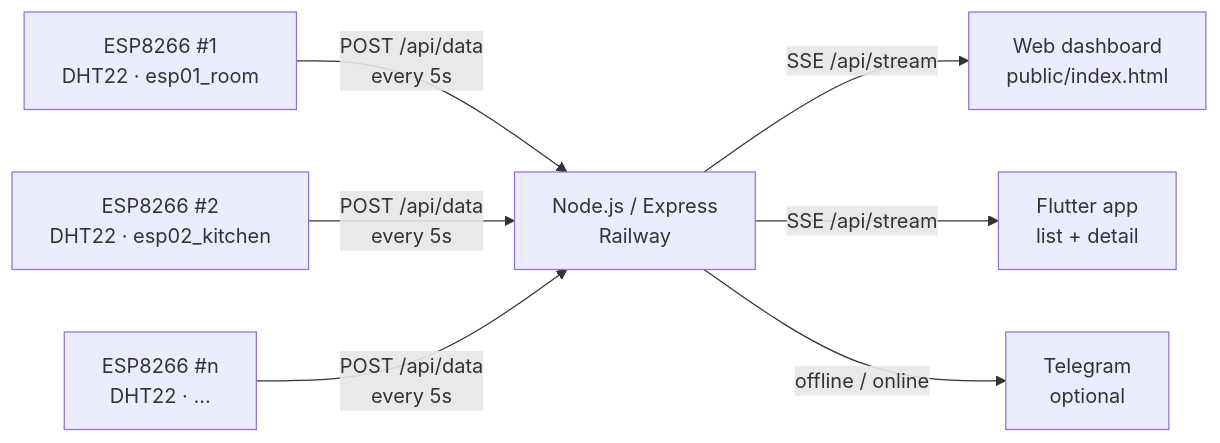
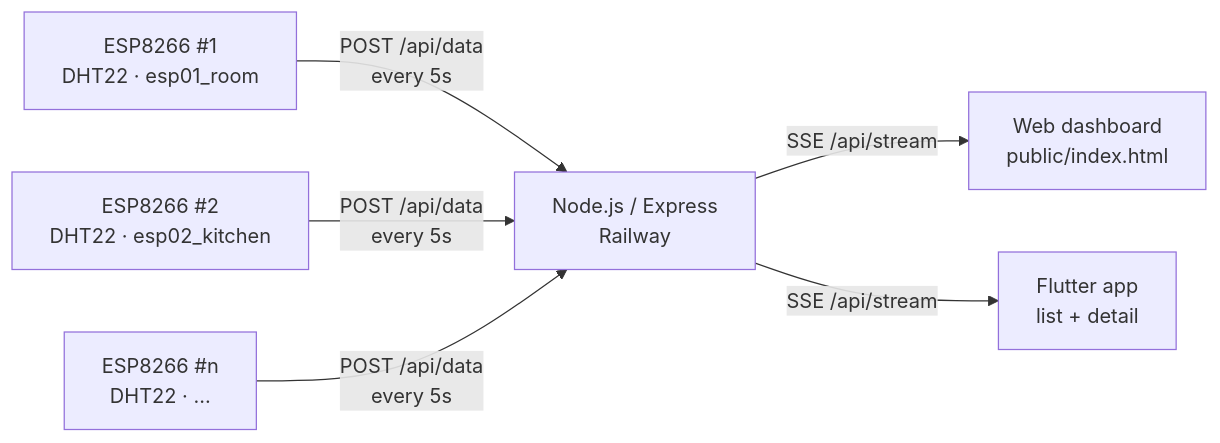
Before and after one commit to KeroNaderDev/esp-monitor: the diagram in README.md, drawn with Mermaid. The commit also changed other lines of this file and 2 other files, not shown here.

Commit message:
Remove Telegram integration

````diff
--- a/README.md
+++ b/README.md
@@ -34,9 +33,8 @@
 ```mermaid
 flowchart LR
     A["ESP8266 #1<br/>DHT22 · esp01_room"] -- "POST /api/data<br/>every 5s" --> S["Node.js / Express<br/>Railway"]
     B["ESP8266 #2<br/>DHT22 · esp02_kitchen"] -- "POST /api/data<br/>every 5s" --> S
     C["ESP8266 #n<br/>DHT22 · ..."] -- "POST /api/data<br/>every 5s" --> S
     S -- "SSE /api/stream" --> W["Web dashboard<br/>public/index.html"]
     S -- "SSE /api/stream" --> F["Flutter app<br/>list + detail"]
-    S -- "offline / online" --> T["Telegram<br/>optional"]
 ```
````
